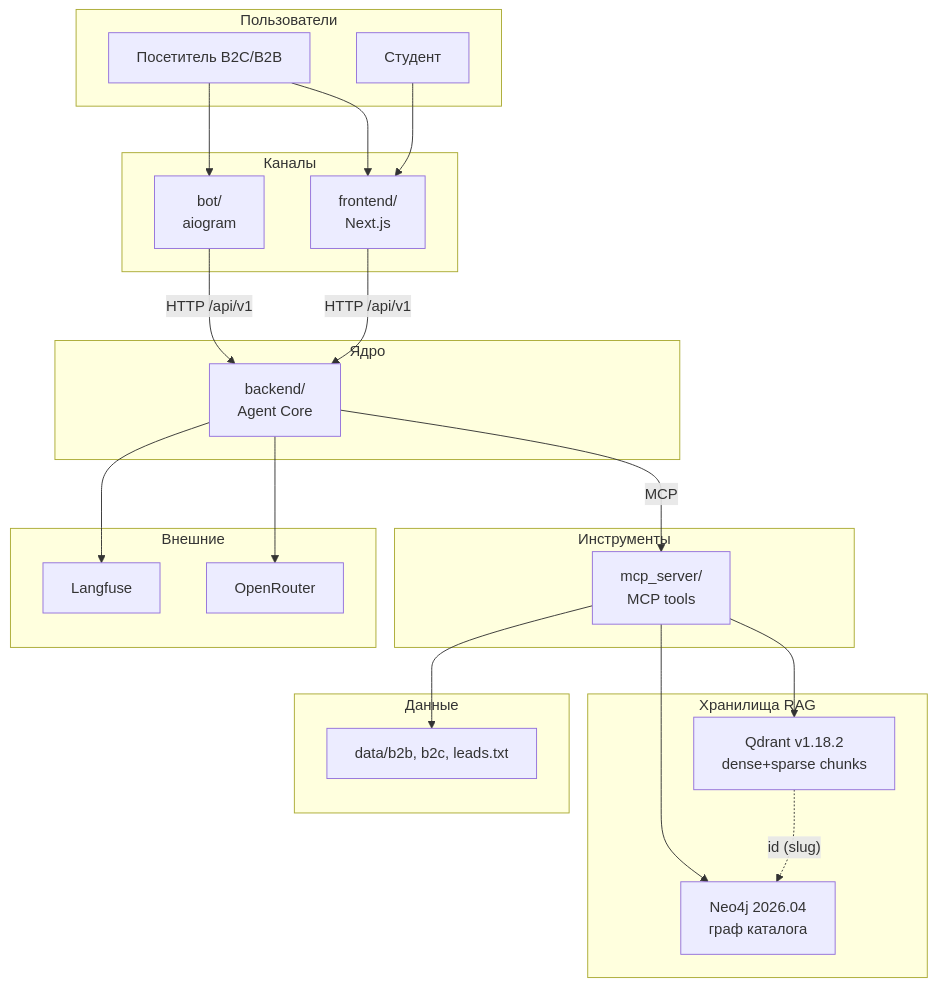
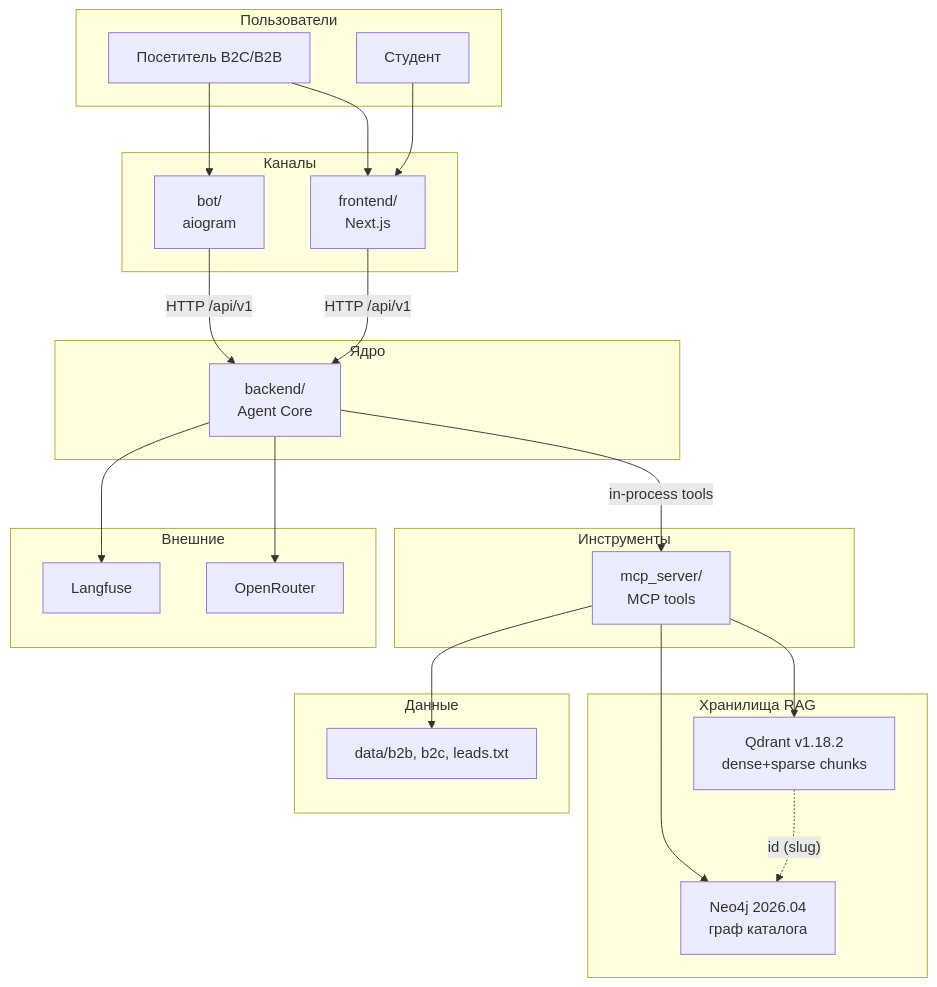
The first of 9 diagrams in docs/concept/architecture.md (vzolotopupov77/llmstart-agent), drawn with Mermaid before and after one commit. The commit also changed other lines of this file and 115 other files, not shown here.

````diff
--- a/docs/concept/architecture.md
+++ b/docs/concept/architecture.md
@@ -16,47 +16,47 @@
 ```mermaid
 flowchart TB
     subgraph users["Пользователи"]
         U1["Посетитель B2C/B2B"]
         U2["Студент"]
     end
 
     subgraph clients["Каналы"]
         WEB["frontend/<br/>Next.js"]
         BOT["bot/<br/>aiogram"]
     end
 
     subgraph core["Ядро"]
         API["backend/<br/>Agent Core"]
     end
 
     subgraph tools["Инструменты"]
         MCP["mcp_server/<br/>MCP tools"]
     end
 
     subgraph stores["Хранилища RAG"]
         QD["Qdrant v1.18.2<br/>dense+sparse chunks"]
         N4J["Neo4j 2026.04<br/>граф каталога"]
     end
 
     subgraph data["Данные"]
         DATA["data/b2b, b2c, leads.txt"]
     end
 
     subgraph ext["Внешние"]
         OR["OpenRouter"]
         LF["Langfuse"]
     end
 
     U1 --> WEB
     U1 --> BOT
     U2 --> WEB
     WEB -->|"HTTP /api/v1"| API
     BOT -->|"HTTP /api/v1"| API
-    API -->|"MCP"| MCP
+    API -->|"in-process tools"| MCP
     MCP --> QD
     MCP --> N4J
     MCP --> DATA
     API --> OR
     API --> LF
     QD -.->|"id (slug)"| N4J
 ```
````
